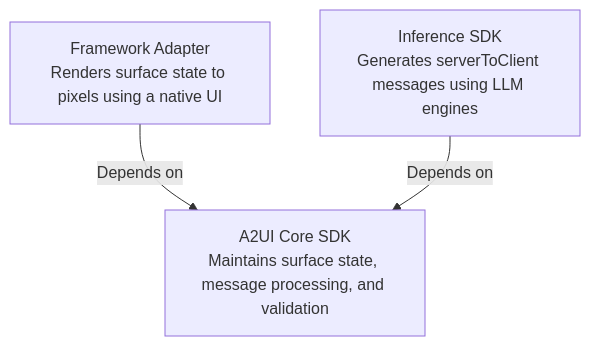
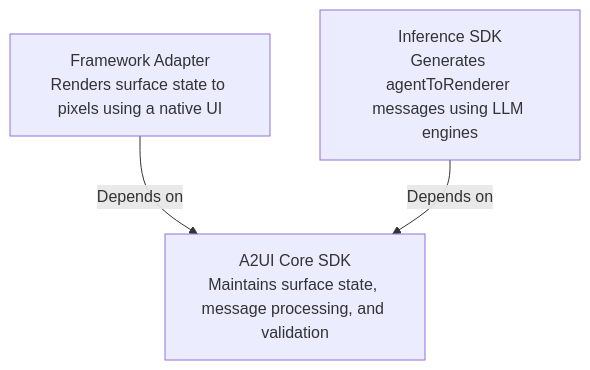
One commit to a2ui-project/a2ui changed the diagram in specification/v1_0/docs/sdks_spec.md. Above: the diagram before and after it, drawn with Mermaid. The commit also changed other lines of this file and 48 other files, not shown here.

Commit message:
refactor(specification): rename v1.0 schemas and code references to agent and renderer

````diff
--- a/specification/v1_0/docs/sdks_spec.md
+++ b/specification/v1_0/docs/sdks_spec.md
@@ -11,5 +11,5 @@
 ```mermaid
 flowchart TD
     FA[Framework Adapter<br>Renders surface state to pixels using a native UI] -->|Depends on| Core[A2UI Core SDK<br>Maintains surface state, message processing, and validation]
-    Inference[Inference SDK<br>Generates serverToClient messages using LLM engines] -->|Depends on| Core
+    Inference[Inference SDK<br>Generates agentToRenderer messages using LLM engines] -->|Depends on| Core
 ```
````
